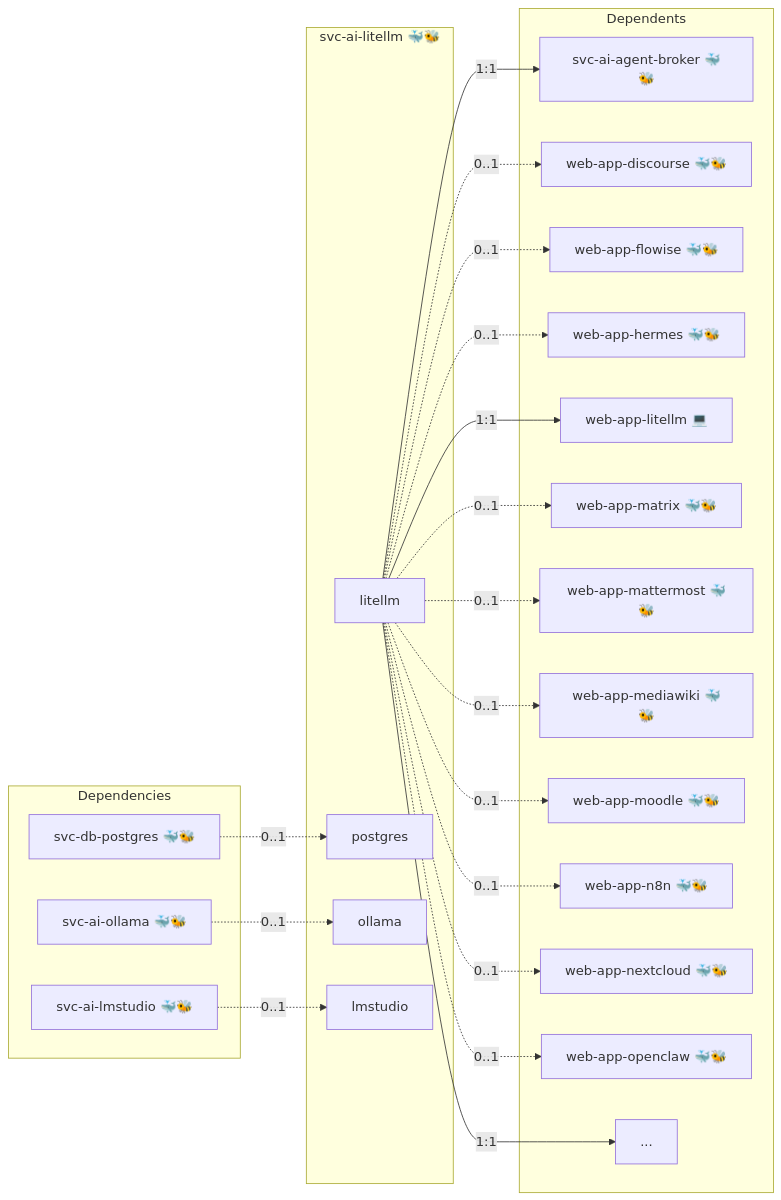
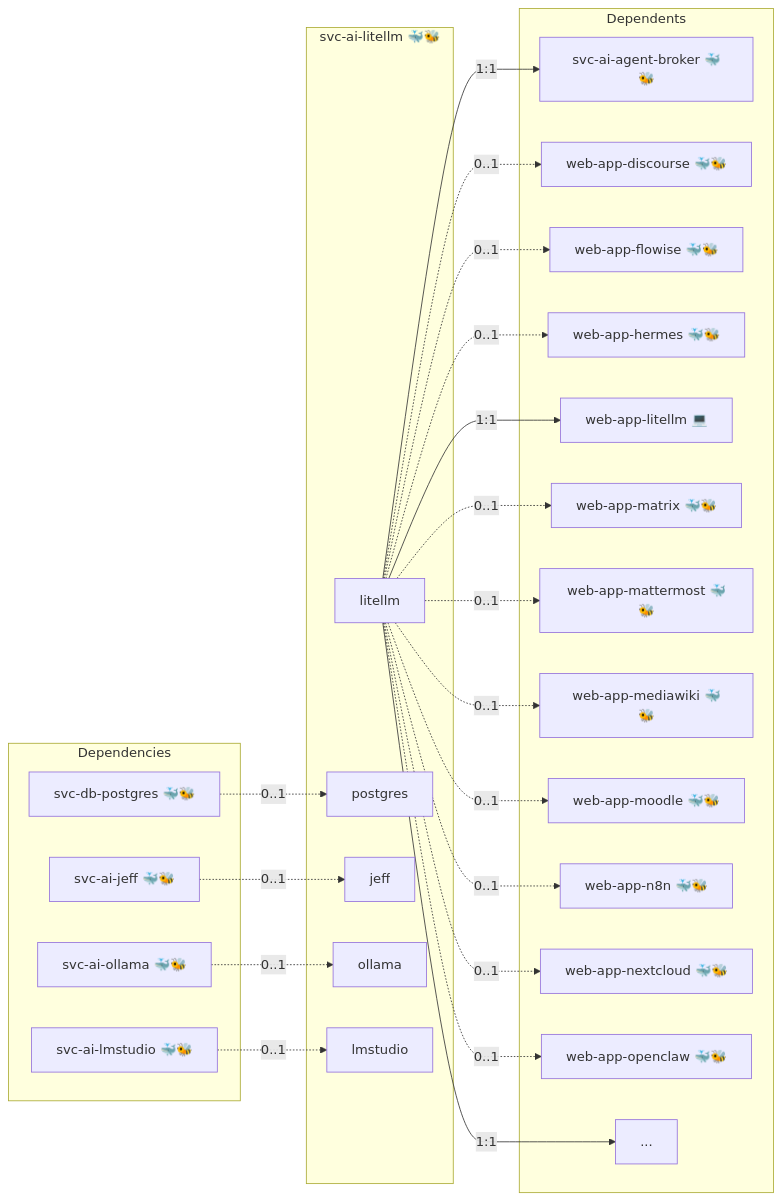
One commit to infinito-nexus/core changed the diagram in roles/svc-ai-litellm/README.md. Above: the diagram before and after it, drawn with Mermaid. The commit also changed 15 other files, not shown here.

````diff
--- a/roles/svc-ai-litellm/README.md
+++ b/roles/svc-ai-litellm/README.md
@@ -15,45 +15,48 @@
 ```mermaid
 flowchart LR
     subgraph deps [Dependencies]
+        dep_svc_ai_jeff["svc-ai-jeff 🐳🐝"]
         dep_svc_ai_lmstudio["svc-ai-lmstudio 🐳🐝"]
         dep_svc_ai_ollama["svc-ai-ollama 🐳🐝"]
         dep_svc_db_postgres["svc-db-postgres 🐳🐝"]
     end
     subgraph role [svc-ai-litellm 🐳🐝]
         svc_litellm["litellm"]
         svc_postgres["postgres"]
+        svc_jeff["jeff"]
         svc_ollama["ollama"]
         svc_lmstudio["lmstudio"]
     end
     subgraph dependents [Dependents]
         dpt_svc_ai_agent_broker["svc-ai-agent-broker 🐳🐝"]
         dpt_web_app_discourse["web-app-discourse 🐳🐝"]
         dpt_web_app_flowise["web-app-flowise 🐳🐝"]
         dpt_web_app_hermes["web-app-hermes 🐳🐝"]
         dpt_web_app_litellm["web-app-litellm 💻"]
         dpt_web_app_matrix["web-app-matrix 🐳🐝"]
         dpt_web_app_mattermost["web-app-mattermost 🐳🐝"]
         dpt_web_app_mediawiki["web-app-mediawiki 🐳🐝"]
         dpt_web_app_moodle["web-app-moodle 🐳🐝"]
         dpt_web_app_n8n["web-app-n8n 🐳🐝"]
         dpt_web_app_nextcloud["web-app-nextcloud 🐳🐝"]
         dpt_web_app_openclaw["web-app-openclaw 🐳🐝"]
         dpt_more["..."]
     end
+    dep_svc_ai_jeff -. "0..1" .-> svc_jeff
     dep_svc_ai_lmstudio -. "0..1" .-> svc_lmstudio
     dep_svc_ai_ollama -. "0..1" .-> svc_ollama
     dep_svc_db_postgres -. "0..1" .-> svc_postgres
     svc_litellm -- "1:1" --> dpt_more
     svc_litellm -- "1:1" --> dpt_svc_ai_agent_broker
     svc_litellm -. "0..1" .-> dpt_web_app_discourse
     svc_litellm -. "0..1" .-> dpt_web_app_flowise
     svc_litellm -. "0..1" .-> dpt_web_app_hermes
     svc_litellm -- "1:1" --> dpt_web_app_litellm
     svc_litellm -. "0..1" .-> dpt_web_app_matrix
     svc_litellm -. "0..1" .-> dpt_web_app_mattermost
     svc_litellm -. "0..1" .-> dpt_web_app_mediawiki
     svc_litellm -. "0..1" .-> dpt_web_app_moodle
     svc_litellm -. "0..1" .-> dpt_web_app_n8n
     svc_litellm -. "0..1" .-> dpt_web_app_nextcloud
     svc_litellm -. "0..1" .-> dpt_web_app_openclaw
 ```
````
